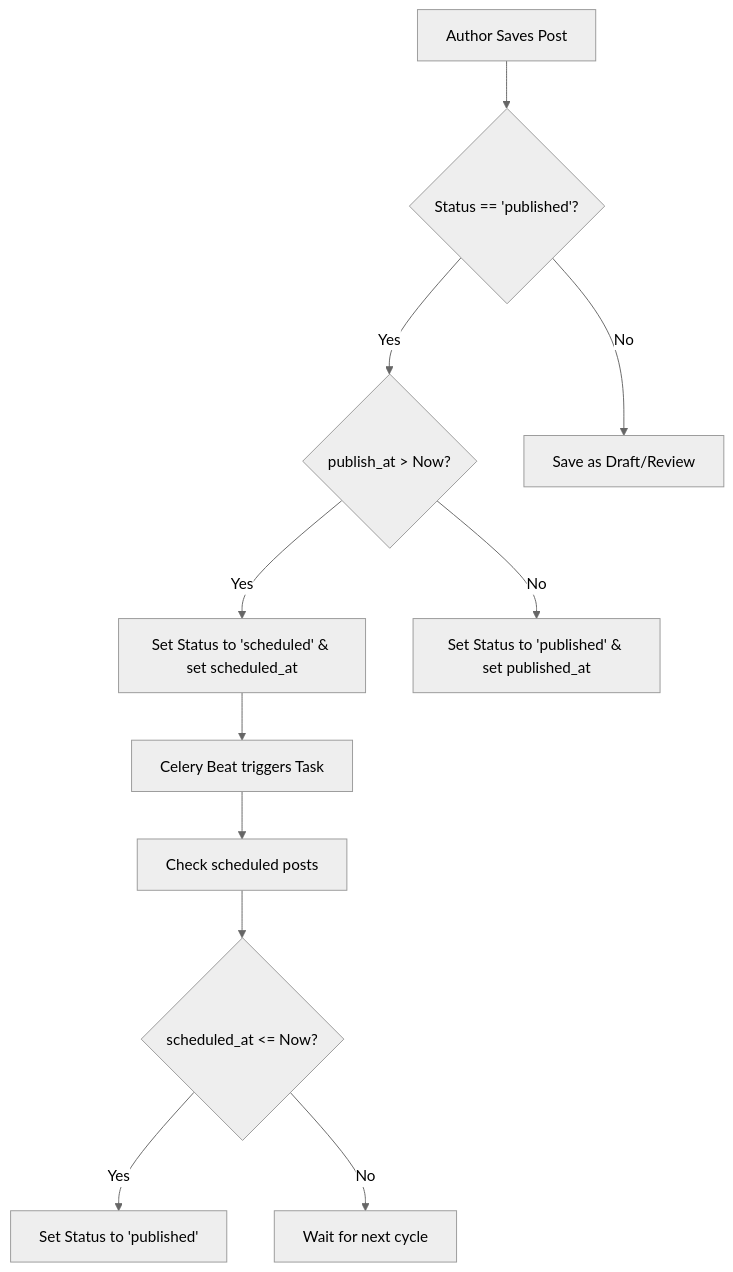
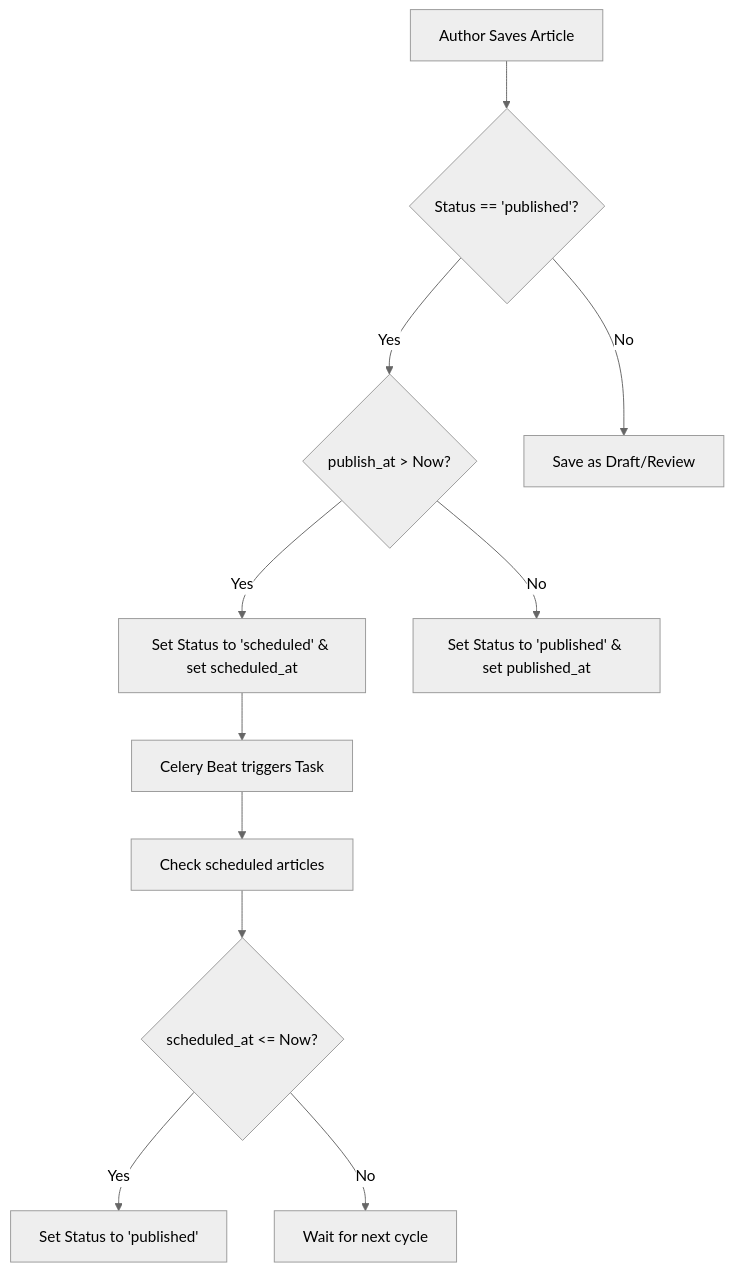
The fourth of 9 diagrams in docs/SYSTEM_DESIGN.md (amirhossein-moloki/Blog), drawn with Mermaid (neutral theme) before and after one commit. The commit also changed other lines of this file and 23 other files, not shown here.

````diff
--- a/docs/SYSTEM_DESIGN.md
+++ b/docs/SYSTEM_DESIGN.md
@@ -214,13 +214,13 @@
 ```mermaid
 flowchart TD
-    Start[Author Saves Post] --> Status{Status == 'published'?}
+    Start[Author Saves Article] --> Status{Status == 'published'?}
     Status -- Yes --> Date{publish_at > Now?}
     Date -- Yes --> Schedule[Set Status to 'scheduled' & set scheduled_at]
     Date -- No --> Publish[Set Status to 'published' & set published_at]
     Status -- No --> Save[Save as Draft/Review]
     Schedule --> Celery[Celery Beat triggers Task]
-    Celery --> Task[Check scheduled posts]
+    Celery --> Task[Check scheduled articles]
     Task --> Due{scheduled_at <= Now?}
     Due -- Yes --> FinalPublish[Set Status to 'published']
     Due -- No --> Wait[Wait for next cycle]
 ```
````
